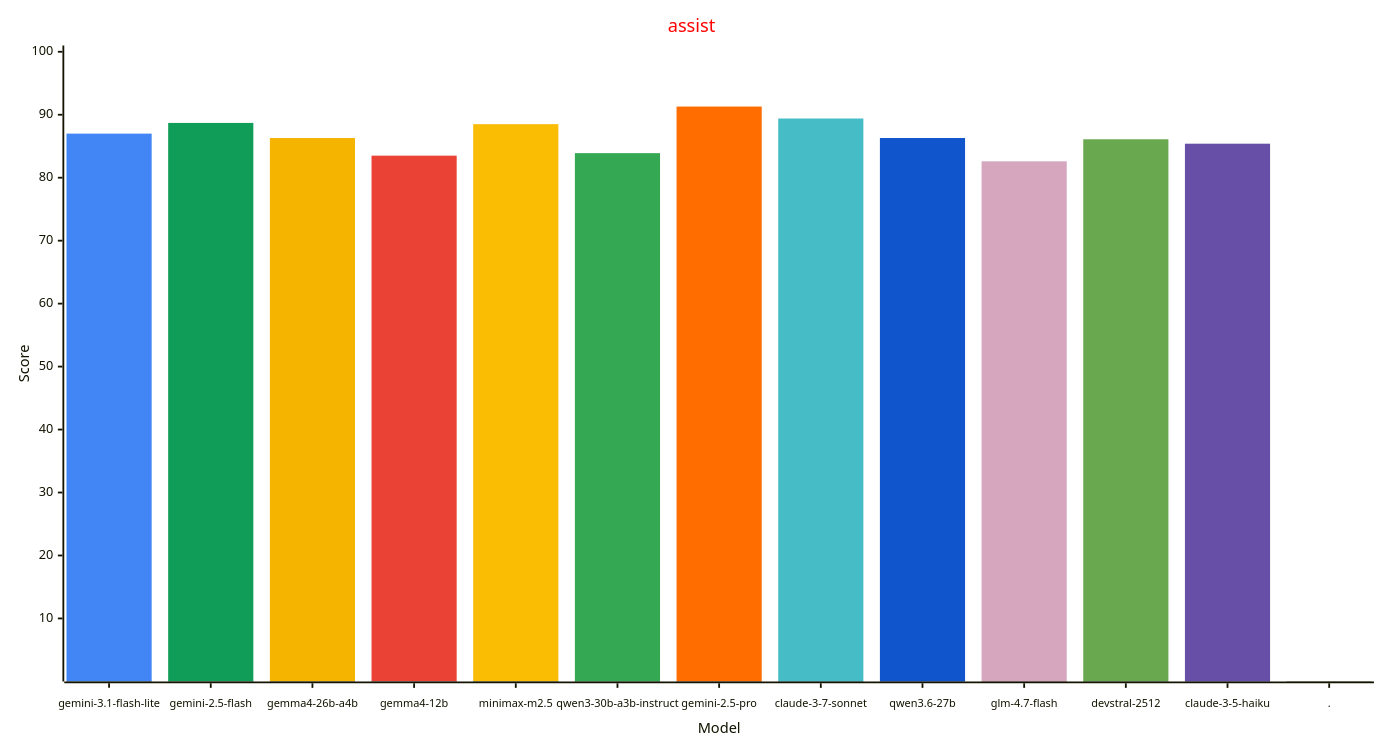
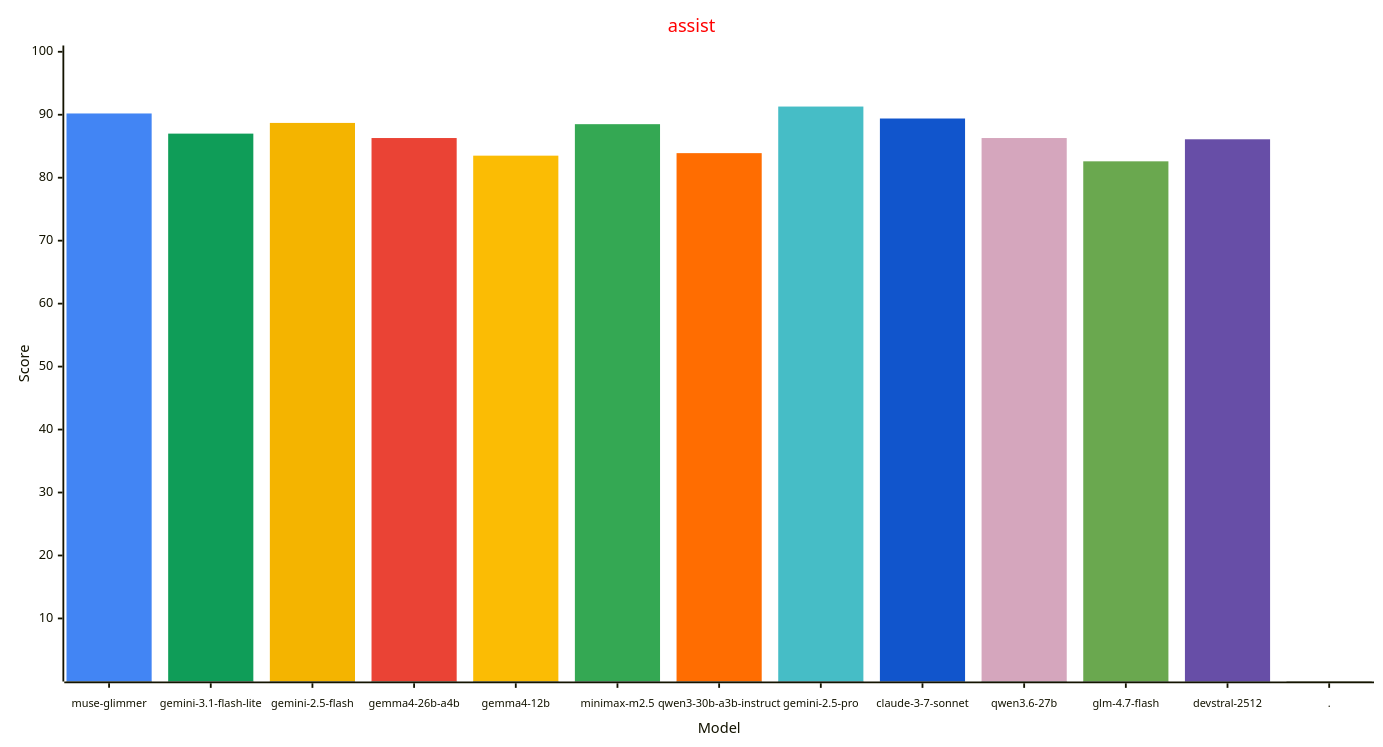
Before and after one commit to allenporter/home-assistant-datasets: the first of 4 diagrams in reports/README.md, drawn with Mermaid. The commit also changed other lines of this file, not shown here.

````diff
--- a/reports/README.md
+++ b/reports/README.md
@@ -67,33 +68,33 @@
 ```mermaid
 ---
 config:
     xyChart:
         width: 1500
         height: 800
         xAxis:
           labelFontSize: 12
           labelPadding: 8
     themeVariables:
         xyChart:
             titleColor: "#ff0000"
             plotColorPalette: "#4285f4, #0f9d58, #f4b400, #ea4335, #fbbc04, #34a853, #ff6d01, #46bdc6, #1155cc, #d5a6bd, #6aa84f, #674ea7, #4285f4"
 
 ---
 xychart-beta
   title "assist"
-  x-axis "Model" [gemini-3.1-flash-lite, gemini-2.5-flash, gemma4-26b-a4b, gemma4-12b, minimax-m2.5, qwen3-30b-a3b-instruct, gemini-2.5-pro, claude-3-7-sonnet, qwen3.6-27b, glm-4.7-flash, devstral-2512, claude-3-5-haiku, .]
+  x-axis "Model" [muse-glimmer, gemini-3.1-flash-lite, gemini-2.5-flash, gemma4-26b-a4b, gemma4-12b, minimax-m2.5, qwen3-30b-a3b-instruct, gemini-2.5-pro, claude-3-7-sonnet, qwen3.6-27b, glm-4.7-flash, devstral-2512, .]
   y-axis "Score" 1 --> 100
-  bar [87.0, 0.0, 0.0, 0.0, 0.0, 0.0, 0.0, 0.0, 0.0, 0.0, 0.0, 0.0, 0.0]
-  bar [0.0, 88.7, 0.0, 0.0, 0.0, 0.0, 0.0, 0.0, 0.0, 0.0, 0.0, 0.0, 0.0]
-  bar [0.0, 0.0, 86.3, 0.0, 0.0, 0.0, 0.0, 0.0, 0.0, 0.0, 0.0, 0.0, 0.0]
-  bar [0.0, 0.0, 0.0, 83.5, 0.0, 0.0, 0.0, 0.0, 0.0, 0.0, 0.0, 0.0, 0.0]
-  bar [0.0, 0.0, 0.0, 0.0, 88.5, 0.0, 0.0, 0.0, 0.0, 0.0, 0.0, 0.0, 0.0]
-  bar [0.0, 0.0, 0.0, 0.0, 0.0, 83.9, 0.0, 0.0, 0.0, 0.0, 0.0, 0.0, 0.0]
-  bar [0.0, 0.0, 0.0, 0.0, 0.0, 0.0, 91.3, 0.0, 0.0, 0.0, 0.0, 0.0, 0.0]
-  bar [0.0, 0.0, 0.0, 0.0, 0.0, 0.0, 0.0, 89.4, 0.0, 0.0, 0.0, 0.0, 0.0]
-  bar [0.0, 0.0, 0.0, 0.0, 0.0, 0.0, 0.0, 0.0, 86.3, 0.0, 0.0, 0.0, 0.0]
-  bar [0.0, 0.0, 0.0, 0.0, 0.0, 0.0, 0.0, 0.0, 0.0, 82.6, 0.0, 0.0, 0.0]
-  bar [0.0, 0.0, 0.0, 0.0, 0.0, 0.0, 0.0, 0.0, 0.0, 0.0, 86.1, 0.0, 0.0]
-  bar [0.0, 0.0, 0.0, 0.0, 0.0, 0.0, 0.0, 0.0, 0.0, 0.0, 0.0, 85.4, 0.0]
+  bar [90.2, 0.0, 0.0, 0.0, 0.0, 0.0, 0.0, 0.0, 0.0, 0.0, 0.0, 0.0, 0.0]
+  bar [0.0, 87.0, 0.0, 0.0, 0.0, 0.0, 0.0, 0.0, 0.0, 0.0, 0.0, 0.0, 0.0]
+  bar [0.0, 0.0, 88.7, 0.0, 0.0, 0.0, 0.0, 0.0, 0.0, 0.0, 0.0, 0.0, 0.0]
+  bar [0.0, 0.0, 0.0, 86.3, 0.0, 0.0, 0.0, 0.0, 0.0, 0.0, 0.0, 0.0, 0.0]
+  bar [0.0, 0.0, 0.0, 0.0, 83.5, 0.0, 0.0, 0.0, 0.0, 0.0, 0.0, 0.0, 0.0]
+  bar [0.0, 0.0, 0.0, 0.0, 0.0, 88.5, 0.0, 0.0, 0.0, 0.0, 0.0, 0.0, 0.0]
+  bar [0.0, 0.0, 0.0, 0.0, 0.0, 0.0, 83.9, 0.0, 0.0, 0.0, 0.0, 0.0, 0.0]
+  bar [0.0, 0.0, 0.0, 0.0, 0.0, 0.0, 0.0, 91.3, 0.0, 0.0, 0.0, 0.0, 0.0]
+  bar [0.0, 0.0, 0.0, 0.0, 0.0, 0.0, 0.0, 0.0, 89.4, 0.0, 0.0, 0.0, 0.0]
+  bar [0.0, 0.0, 0.0, 0.0, 0.0, 0.0, 0.0, 0.0, 0.0, 86.3, 0.0, 0.0, 0.0]
+  bar [0.0, 0.0, 0.0, 0.0, 0.0, 0.0, 0.0, 0.0, 0.0, 0.0, 82.6, 0.0, 0.0]
+  bar [0.0, 0.0, 0.0, 0.0, 0.0, 0.0, 0.0, 0.0, 0.0, 0.0, 0.0, 86.1, 0.0]
   bar [0.0, 0.0, 0.0, 0.0, 0.0, 0.0, 0.0, 0.0, 0.0, 0.0, 0.0, 0.0, -1.0]
 ```
````
